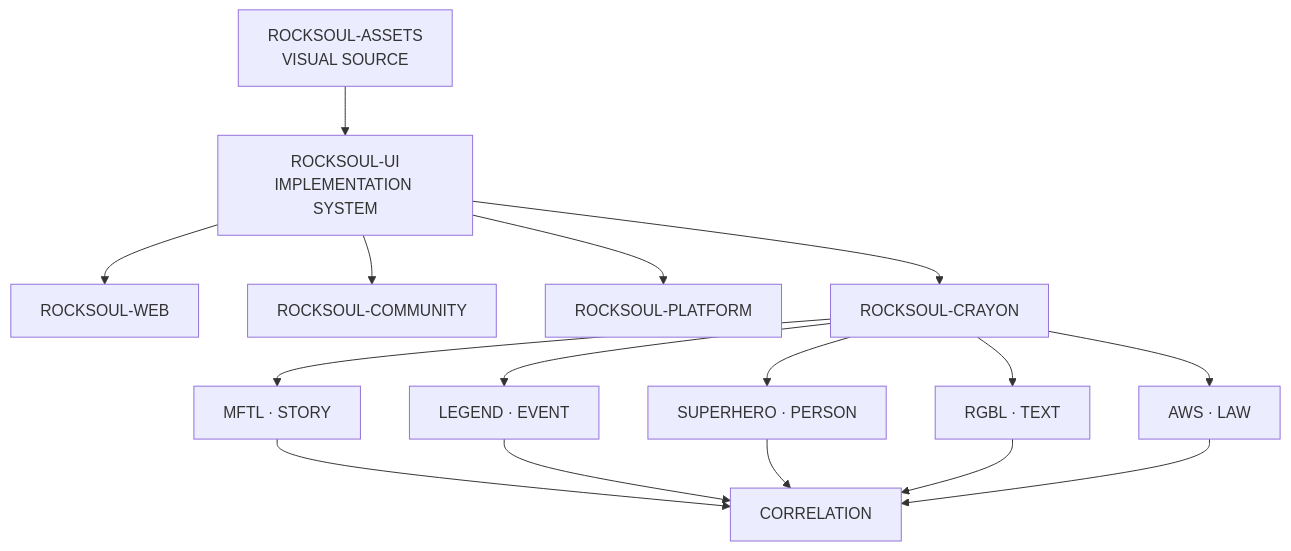
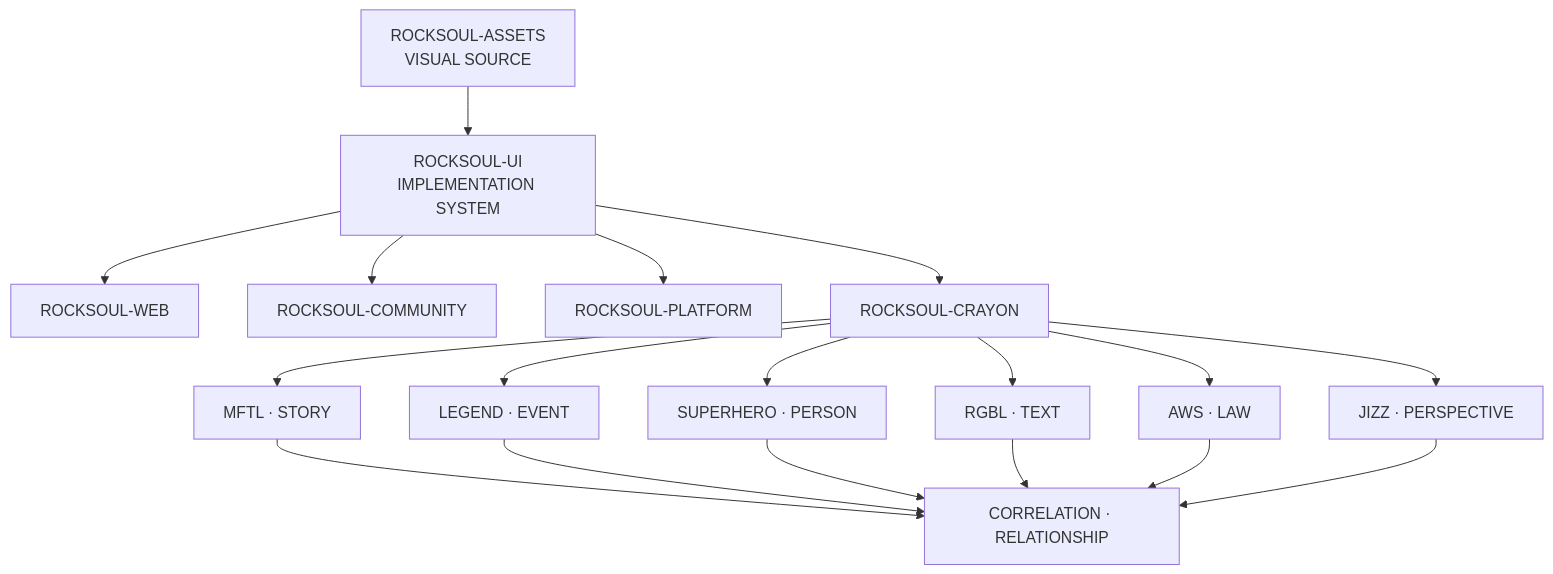
Before and after one commit to bjo163/rocksoul-assets: the second of 2 diagrams in README.md, drawn with Mermaid. The commit also changed other lines of this file and 3 other files, not shown here.

````diff
--- a/README.md
+++ b/README.md
@@ -155,18 +155,20 @@
 ```mermaid
 flowchart TD
     A["ROCKSOUL-ASSETS<br/>VISUAL SOURCE"] --> U["ROCKSOUL-UI<br/>IMPLEMENTATION SYSTEM"]
     U --> W["ROCKSOUL-WEB"]
     U --> C["ROCKSOUL-COMMUNITY"]
     U --> P["ROCKSOUL-PLATFORM"]
     U --> R["ROCKSOUL-CRAYON"]
     R --> S["MFTL · STORY"]
     R --> E["LEGEND · EVENT"]
     R --> H["SUPERHERO · PERSON"]
     R --> T["RGBL · TEXT"]
     R --> L["AWS · LAW"]
-    S --> Q["CORRELATION"]
+    R --> J["JIZZ · PERSPECTIVE"]
+    S --> Q["CORRELATION · RELATIONSHIP"]
     E --> Q
     H --> Q
     T --> Q
     L --> Q
+    J --> Q
 ```
````
